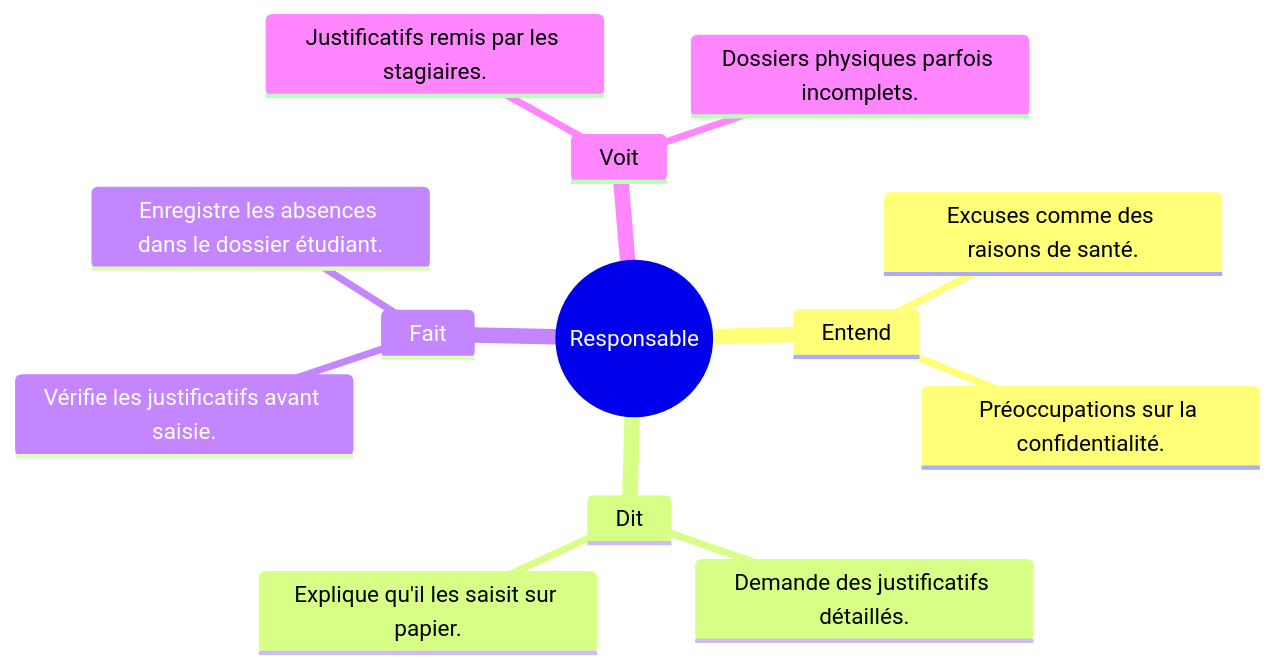
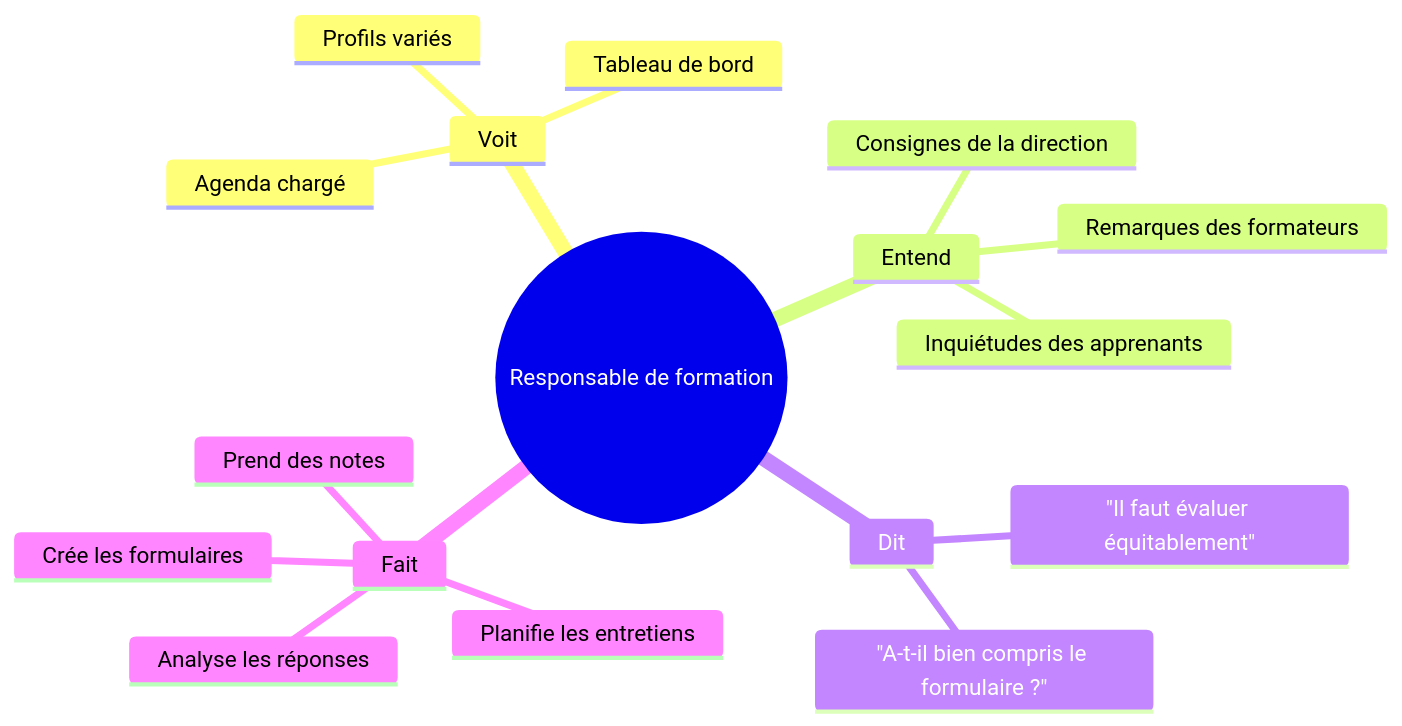
Before and after one commit to bardichoussama/FileRouge: the diagram in Branche Fonctionnelle/UX-Design/Carte_Empathie_Responsable.mmd, drawn with Mermaid. The commit also changed 348 other files, not shown here.

```diff
--- a/Branche Fonctionnelle/UX-Design/Carte_Empathie_Responsable.mmd
+++ b/Branche Fonctionnelle/UX-Design/Carte_Empathie_Responsable.mmd
@@ -1,14 +1,18 @@
 mindmap
-  root((Responsable))
+  root((Responsable de formation))
+    Voit
+      Agenda chargé
+      Profils variés
+      Tableau de bord
     Entend
-      Excuses comme des raisons de santé.
-      Préoccupations sur la confidentialité.
+      Consignes de la direction
+      Remarques des formateurs
+      Inquiétudes des apprenants
     Dit
-      Demande des justificatifs détaillés.
-      Explique qu'il les saisit sur papier.
+      "Il faut évaluer équitablement"
+      "A-t-il bien compris le formulaire ?"
     Fait
-      Vérifie les justificatifs avant saisie.
-      Enregistre les absences dans le dossier étudiant.
-    Voit
-      Justificatifs remis par les stagiaires.
-      Dossiers physiques parfois incomplets.
+      Planifie les entretiens
+      Crée les formulaires
+      Analyse les réponses
+      Prend des notes
```
